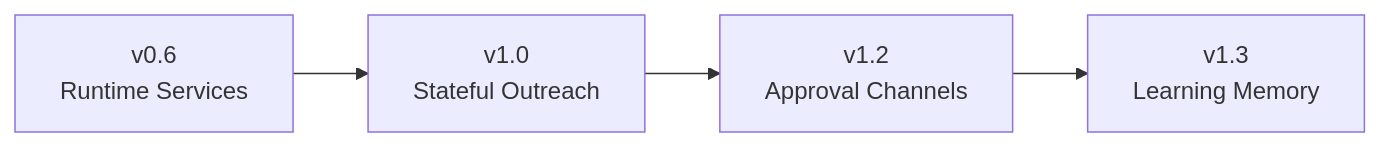
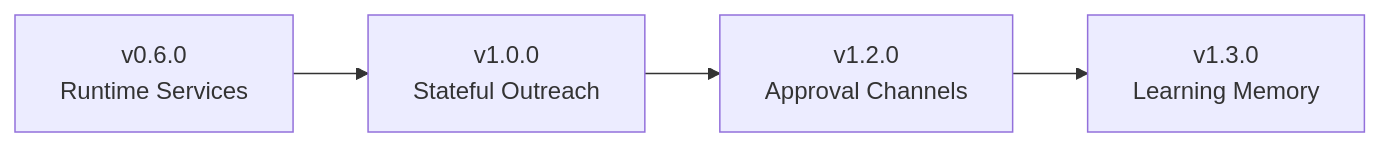
One commit to ianmaciel7/linkedin-agent changed the third of 3 diagrams in README.md. Above: the diagram before and after it, drawn with Mermaid. The commit also changed other lines of this file and 6 other files, not shown here.

````diff
--- a/README.md
+++ b/README.md
@@ -140,6 +142,6 @@
 ```mermaid
 flowchart LR
-    P06[v0.6<br/>Runtime Services] --> P10[v1.0<br/>Stateful Outreach]
-    P10 --> P12[v1.2<br/>Approval Channels]
-    P12 --> P13[v1.3<br/>Learning Memory]
+    P060[v0.6.0<br/>Runtime Services] --> P100[v1.0.0<br/>Stateful Outreach]
+    P100 --> P120[v1.2.0<br/>Approval Channels]
+    P120 --> P130[v1.3.0<br/>Learning Memory]
 ```
````
